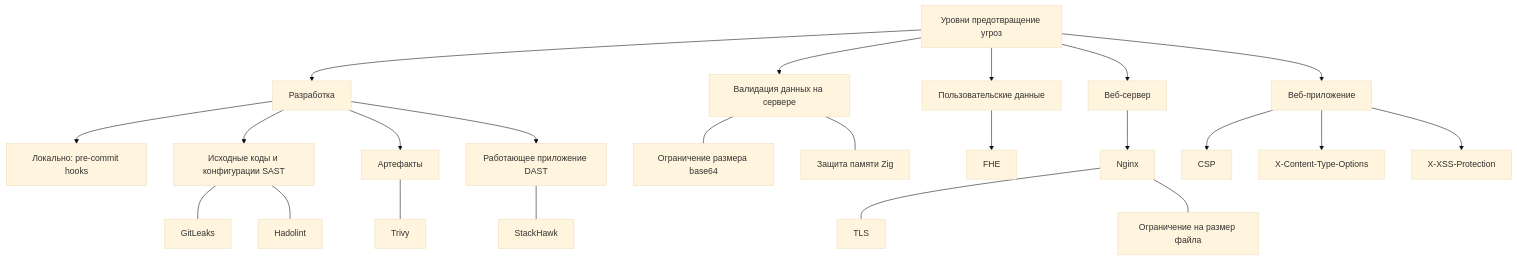
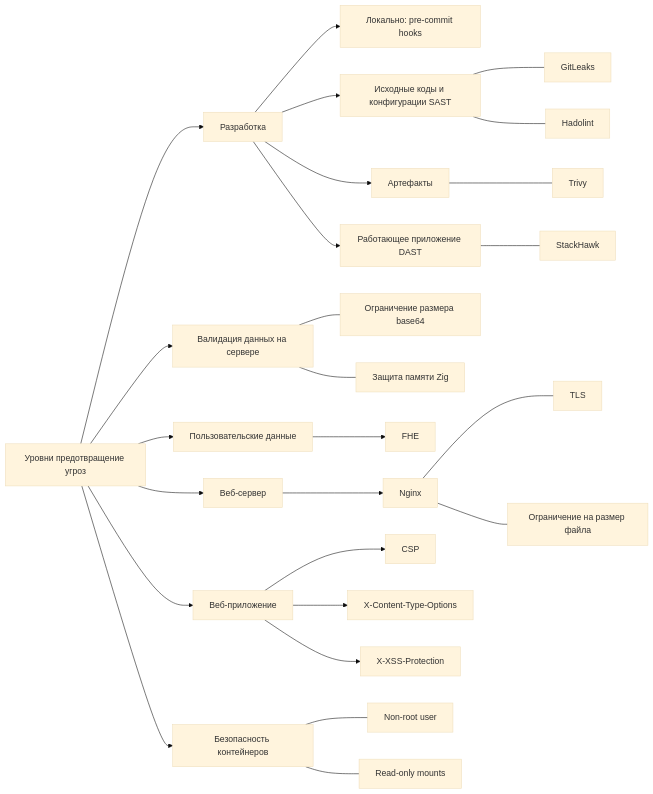
The fifth of 5 diagrams in REPORT.md (butvinm/GenZ), drawn with Mermaid (base theme) before and after one commit. The commit also changed other lines of this file, not shown here.

````diff
--- a/REPORT.md
+++ b/REPORT.md
@@ -268,36 +268,41 @@
 ```mermaid
-graph TD
+graph LR
     Root[Уровни предотвращение угроз]
 
     %% Ветвь 1
     Root --> Dev[Разработка]
     Dev --> DevProcess[Локально: pre-commit hooks]
     Dev --> SAST[Исходные коды и конфигурации SAST]
     SAST --- GitLeaks
     SAST --- Hadolint
     Dev --> Art[Артефакты]
     Art --- Trivy
     Dev --> DAST[Работающее приложение DAST]
     DAST --- StackHawk
 
     %% Ветвь 2
     Root --> Server[Валидация данных на сервере]
     Server --- base64[Ограничение размера base64]
     Server --- memory[Защита памяти Zig]
 
     %% Ветвь 3
     Root --> UserData[Пользовательские данные]
     UserData --> FHE
 
     %% Ветвь 4
     Root --> Proxy[Веб-сервер]
     Proxy --> Nginx
     Nginx --- TLS
     Nginx --- Limit[Ограничение на размер файла]
 
     %% Ветвь 5
     Root --> WebApp[Веб-приложение]
     WebApp --> CSP
     WebApp --> X-Content-Type-Options
     WebApp --> X-XSS-Protection
+
+    %% Ветвь 6
+    Root --> Container[Безопасность контейнеров]
+    Container --- NonRoot[Non-root user]
+    Container --- ReadOnly[Read-only mounts]
 ```
````
